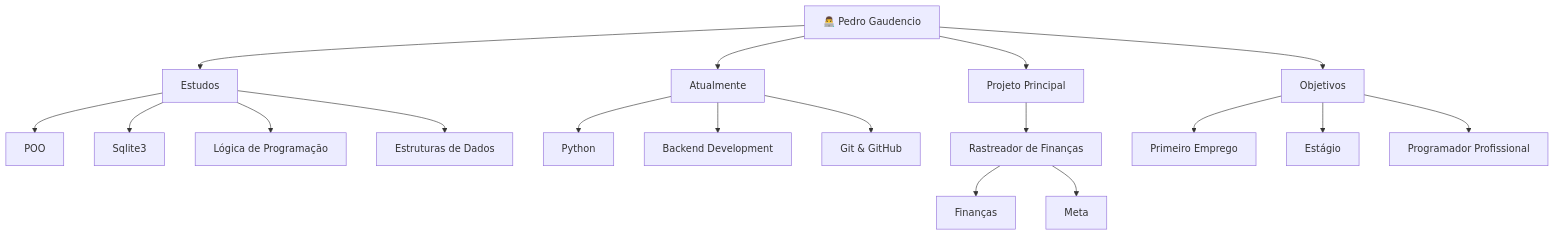
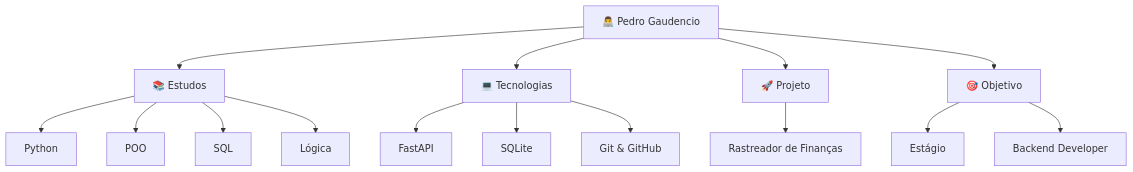
One commit to PedroSilva370/PedroSilva370 changed the diagram in README.md. Above: the diagram before and after it, drawn with Mermaid. The commit also changed other lines of this file, not shown here.

````diff
--- a/README.md
+++ b/README.md
@@ -21,27 +21,24 @@
 ```mermaid
 flowchart TB
 
     A["👨‍💻 Pedro Gaudencio"]
 
-    A --> B["Estudos"]
-    A --> C["Atualmente"]
-    A --> D["Projeto Principal"]
-    A --> E["Objetivos"]
+    A --> B["📚 Estudos"]
+    A --> C["💻 Tecnologias"]
+    A --> D["🚀 Projeto"]
+    A --> E["🎯 Objetivo"]
 
-    B --> B1["POO"]
-    B --> B2["Sqlite3"]
-    B --> B3["Lógica de Programação"]
-    B --> B4["Estruturas de Dados"]
+    B --> B1["Python"]
+    B --> B2["POO"]
+    B --> B3["SQL"]
+    B --> B4["Lógica"]
 
-    C --> C1["Python"]
-    C --> C2["Backend Development"]
+    C --> C1["FastAPI"]
+    C --> C2["SQLite"]
     C --> C3["Git & GitHub"]
 
     D --> D1["Rastreador de Finanças"]
-    D1 --> D2["Finanças"]
-    D1 --> D3["Meta"]
 
-    E --> E1["Primeiro Emprego"]
-    E --> E2["Estágio"]
-    E --> E3["Programador Profissional"]
+    E --> E1["Estágio"]
+    E --> E2["Backend Developer"]
 ```
````
